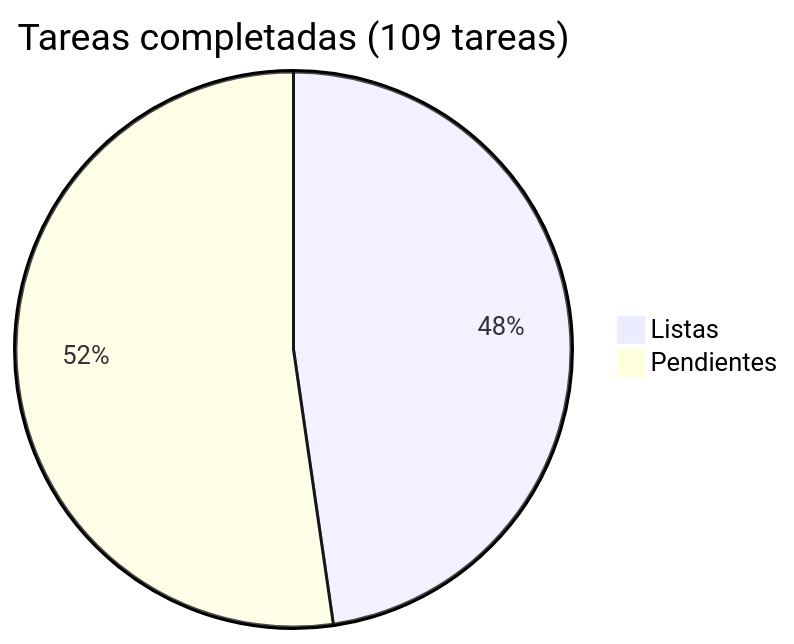
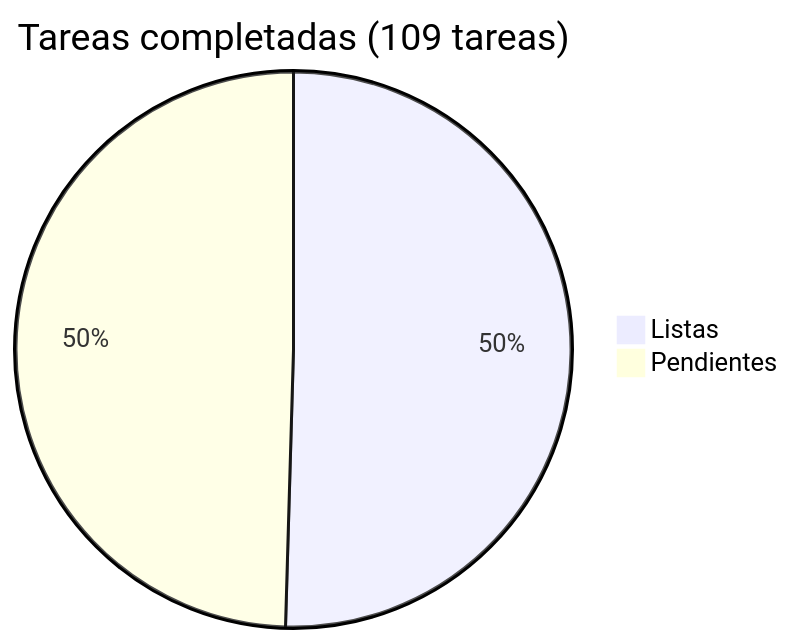
The diagram in docs/roadmap/README.md (araguaney-lat/araguaney), drawn with Mermaid before and after one commit. The commit also changed other lines of this file and 1 other file, not shown here.

Commit message:
docs: update Phase 4 roadmap — tasks 7/8/19 done, 9/21 pending (paid plan)

````diff
--- a/docs/roadmap/README.md
+++ b/docs/roadmap/README.md
@@ -5,5 +5,5 @@
 ```mermaid
 pie title Tareas completadas (109 tareas)
-    "Listas" : 52
-    "Pendientes" : 57
+    "Listas" : 55
+    "Pendientes" : 54
 ```
````
